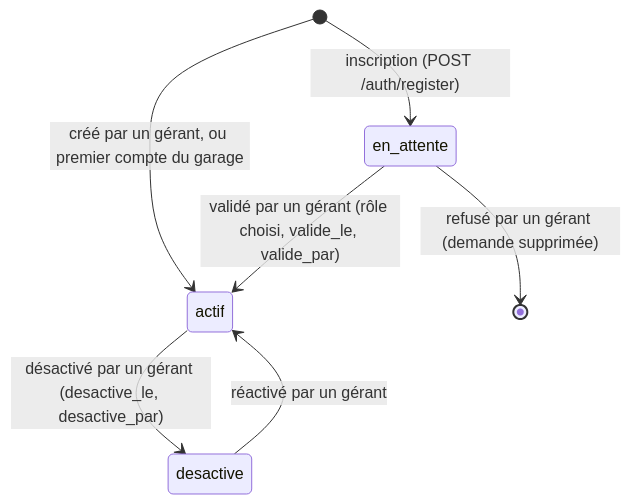
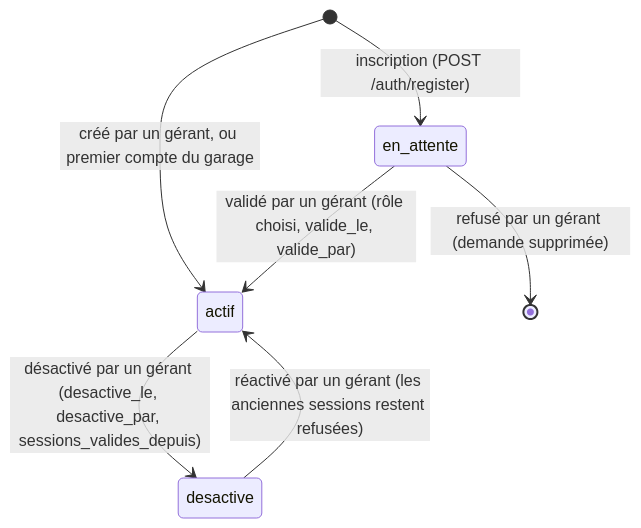
One commit to KJerem/m2jnr changed the third of 4 diagrams in docs/uml/modele-donnees.md. Above: the diagram before and after it, drawn with Mermaid. The commit also changed other lines of this file and 10 other files, not shown here.

````diff
--- a/docs/uml/modele-donnees.md
+++ b/docs/uml/modele-donnees.md
@@ -215,9 +216,9 @@
 ```mermaid
 stateDiagram-v2
     [*] --> actif : créé par un gérant, ou premier compte du garage
     [*] --> en_attente : inscription (POST /auth/register)
     en_attente --> actif : validé par un gérant (rôle choisi, valide_le, valide_par)
     en_attente --> [*] : refusé par un gérant (demande supprimée)
-    actif --> desactive : désactivé par un gérant (desactive_le, desactive_par)
-    desactive --> actif : réactivé par un gérant
+    actif --> desactive : désactivé par un gérant (desactive_le, desactive_par, sessions_valides_depuis)
+    desactive --> actif : réactivé par un gérant (les anciennes sessions restent refusées)
 ```
````
